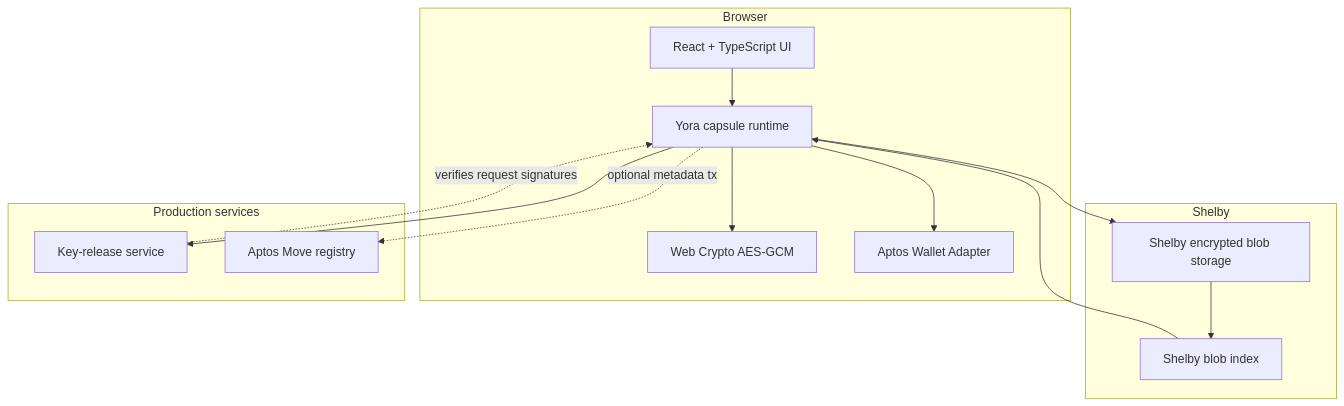
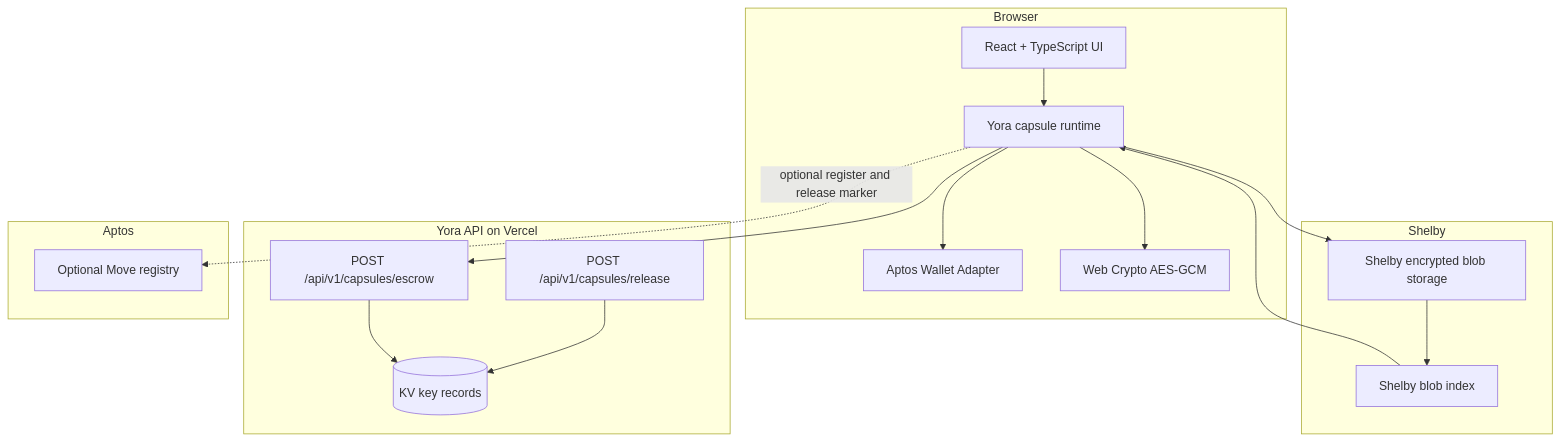
One commit to Immomoo/Yora changed the second of 2 diagrams in README.md. Above: the diagram before and after it, drawn with Mermaid. The commit also changed other lines of this file, not shown here.

Commit message:
Rewrite project README for Shelby submission

````diff
--- a/README.md
+++ b/README.md
@@ -81,29 +107,35 @@
 ```mermaid
 flowchart TB
   subgraph Browser
     UI[React + TypeScript UI]
+    Wallet[Aptos Wallet Adapter]
     Crypto[Web Crypto AES-GCM]
-    Wallet[Aptos Wallet Adapter]
     Runtime[Yora capsule runtime]
   end
 
   subgraph Shelby
-    Blob[Shelby encrypted blob storage]
-    Indexer[Shelby blob index]
+    BlobStorage[Shelby encrypted blob storage]
+    BlobIndex[Shelby blob index]
   end
 
-  subgraph Services[Production services]
-    KeyService[Key-release service]
-    Registry[Aptos Move registry]
+  subgraph YoraAPI[Yora API on Vercel]
+    EscrowAPI[POST /api/v1/capsules/escrow]
+    ReleaseAPI[POST /api/v1/capsules/release]
+    KV[(KV key records)]
+  end
+
+  subgraph Aptos
+    Registry[Optional Move registry]
   end
 
   UI --> Runtime
+  Runtime --> Wallet
   Runtime --> Crypto
-  Runtime --> Wallet
-  Runtime --> Blob
-  Blob --> Indexer
-  Indexer --> Runtime
-  Runtime --> KeyService
-  Runtime -. optional metadata tx .-> Registry
-  KeyService -. verifies request signatures .-> Runtime
+  Runtime --> BlobStorage
+  BlobStorage --> BlobIndex
+  BlobIndex --> Runtime
+  Runtime --> EscrowAPI
+  ReleaseAPI --> KV
+  EscrowAPI --> KV
+  Runtime -. optional register and release marker .-> Registry
 ```
````
